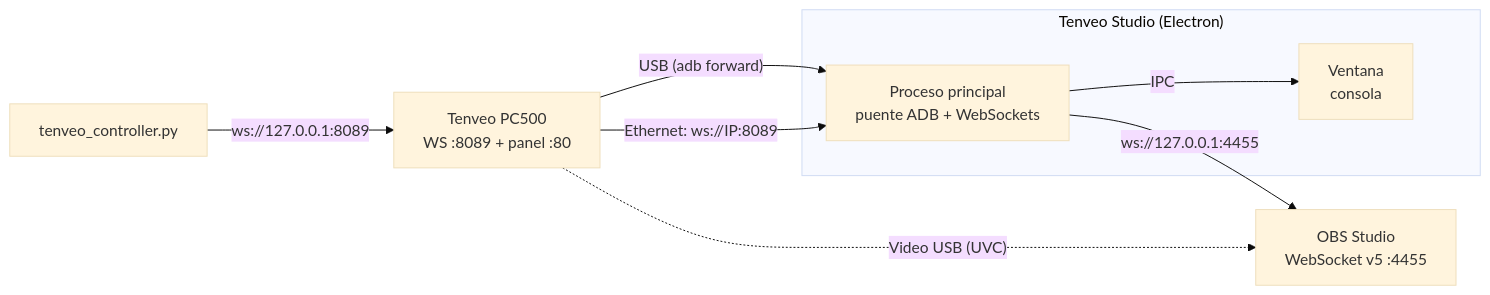
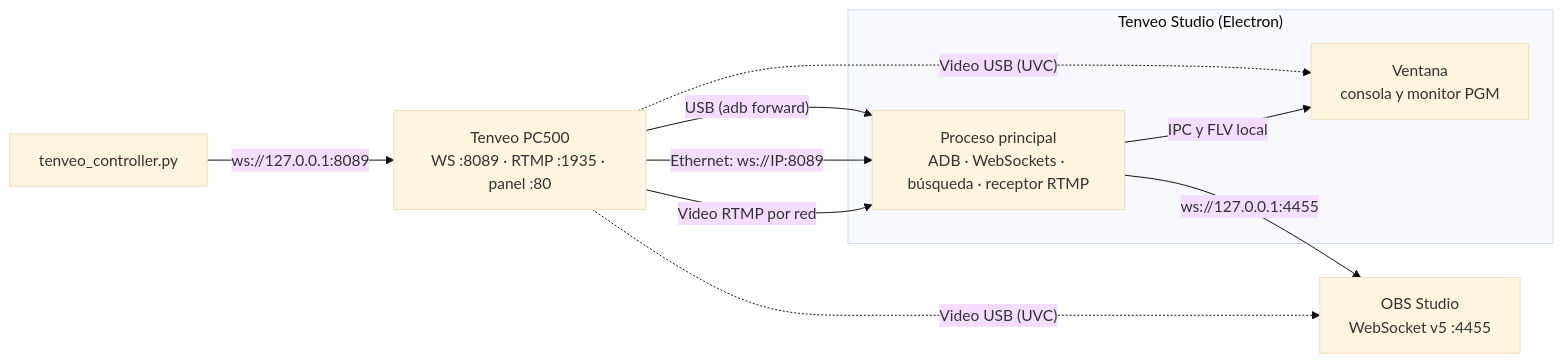
One commit to ThePunisherBaby/VeController changed the diagram in DOCUMENTACION.md. Above: the diagram before and after it, drawn with Mermaid (base theme). The commit also changed other lines of this file and 41 other files, not shown here.

First line of the commit message:
Tenveo Studio 1.1.0: red optimizada, video en vivo e interfaz nueva

````diff
--- a/DOCUMENTACION.md
+++ b/DOCUMENTACION.md
@@ -24,17 +24,19 @@
 ```mermaid
 flowchart LR
-    PC500["Tenveo PC500<br/>WS :8089 + panel :80"]
+    PC500["Tenveo PC500<br/>WS :8089 · RTMP :1935 · panel :80"]
     subgraph APP["Tenveo Studio (Electron)"]
-        MAIN["Proceso principal<br/>puente ADB + WebSockets"]
-        UI["Ventana<br/>consola"]
+        MAIN["Proceso principal<br/>ADB · WebSockets · búsqueda · receptor RTMP"]
+        UI["Ventana<br/>consola y monitor PGM"]
     end
     OBS["OBS Studio<br/>WebSocket v5 :4455"]
     CLI["tenveo_controller.py"]
 
     PC500 -- "USB (adb forward)" --> MAIN
     PC500 -- "Ethernet: ws://IP:8089" --> MAIN
-    MAIN -- "IPC" --> UI
+    PC500 -- "Video RTMP por red" --> MAIN
+    PC500 -. "Video USB (UVC)" .-> UI
+    MAIN -- "IPC y FLV local" --> UI
     MAIN -- "ws://127.0.0.1:4455" --> OBS
     CLI -- "ws://127.0.0.1:8089" --> PC500
     PC500 -. "Video USB (UVC)" .-> OBS
 ```
````
